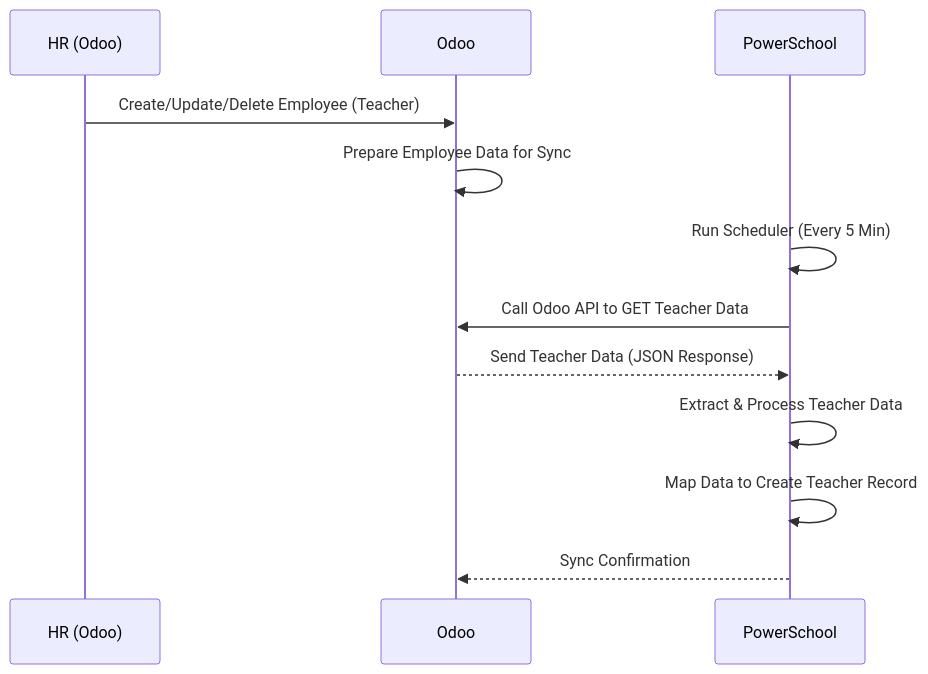
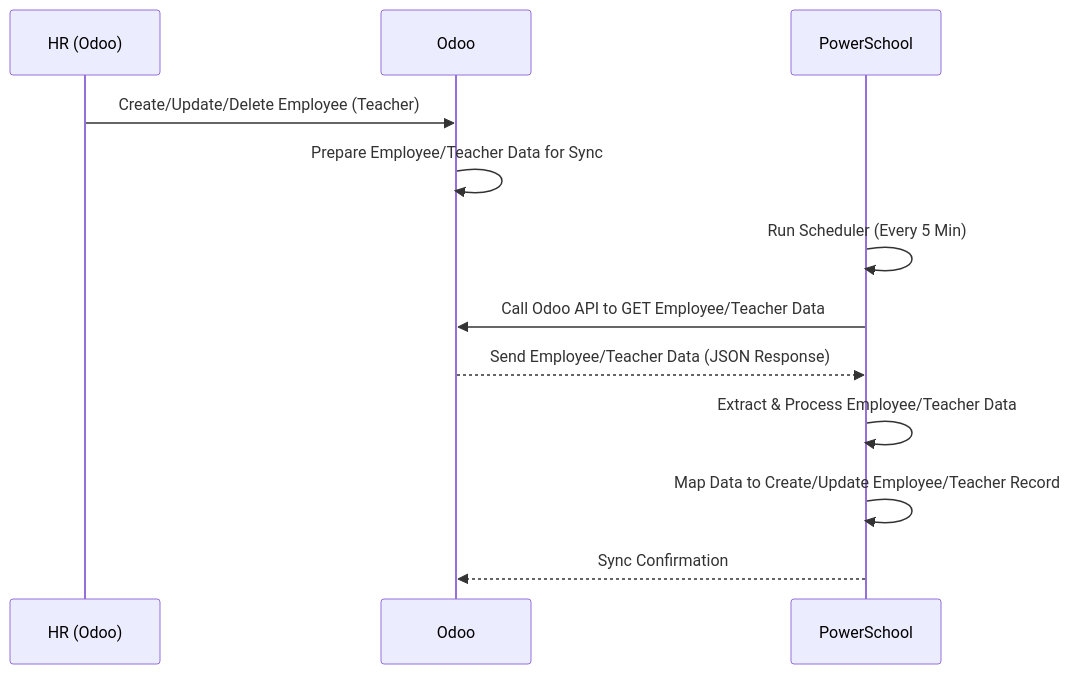
One commit to kamalyui9/lincoln_school changed the second of 3 diagrams in PowerSchool Provides Rest API.md. Above: the diagram before and after it, drawn with Mermaid.

Commit message:
Update PowerSchool Provides Rest API.md

````diff
--- a/PowerSchool Provides Rest API.md
+++ b/PowerSchool Provides Rest API.md
@@ -23,16 +23,16 @@
 ```mermaid
 sequenceDiagram
     participant HR as HR (Odoo)
     participant Odoo as Odoo
     participant PowerSchool as PowerSchool
 
     HR->>Odoo: Create/Update/Delete Employee (Teacher)
-    Odoo->>Odoo: Prepare Employee Data for Sync
+    Odoo->>Odoo: Prepare Employee/Teacher Data for Sync
     PowerSchool->>PowerSchool: Run Scheduler (Every 5 Min)
-    PowerSchool->>Odoo: Call Odoo API to GET Teacher Data
-    Odoo-->>PowerSchool: Send Teacher Data (JSON Response)
-    PowerSchool->>PowerSchool: Extract & Process Teacher Data
-    PowerSchool->>PowerSchool: Map Data to Create Teacher Record
+    PowerSchool->>Odoo: Call Odoo API to GET Employee/Teacher Data
+    Odoo-->>PowerSchool: Send Employee/Teacher Data (JSON Response)
+    PowerSchool->>PowerSchool: Extract & Process Employee/Teacher Data
+    PowerSchool->>PowerSchool: Map Data to Create/Update Employee/Teacher Record
     PowerSchool-->>Odoo: Sync Confirmation
 
 ```
````
